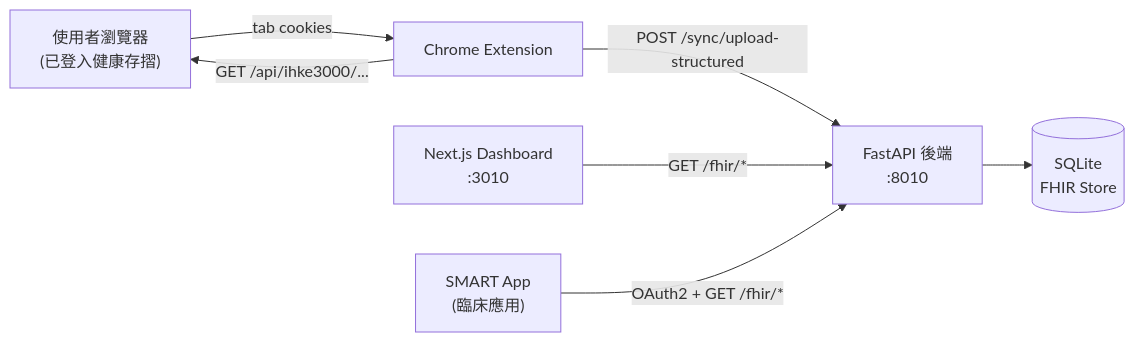
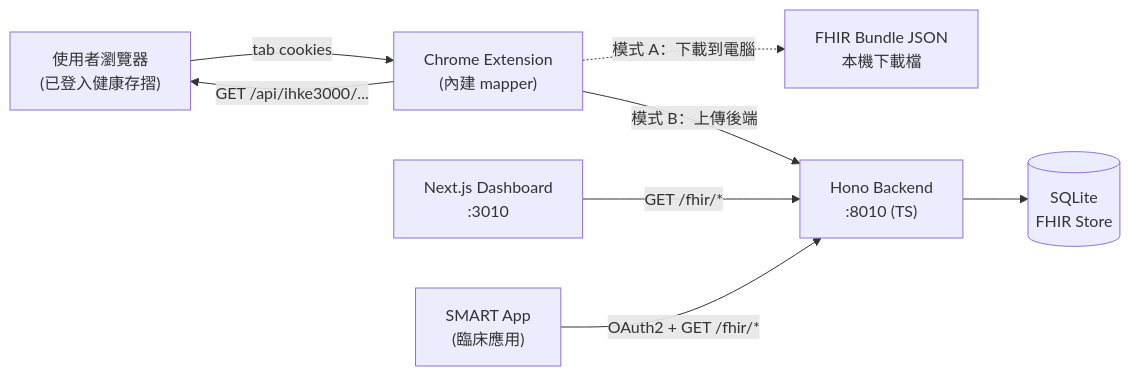
One commit to voho0000/NHI-FHIR-BRIDGE changed the diagram in README.md. Above: the diagram before and after it, drawn with Mermaid. The commit also changed other lines of this file and 4 other files, not shown here.

````diff
--- a/README.md
+++ b/README.md
@@ -27,16 +33,18 @@
 ```mermaid
 flowchart LR
   user["使用者瀏覽器<br/>(已登入健康存摺)"]
-  ext["Chrome Extension"]
-  backend["FastAPI 後端<br/>:8010"]
+  ext["Chrome Extension<br/>(內建 mapper)"]
+  file["FHIR Bundle JSON<br/>本機下載檔"]
+  backend["Hono Backend<br/>:8010 (TS)"]
   db[("SQLite<br/>FHIR Store")]
   dash["Next.js Dashboard<br/>:3010"]
   smart["SMART App<br/>(臨床應用)"]
 
   user -->|tab cookies| ext
   ext -->|GET /api/ihke3000/...| user
-  ext -->|POST /sync/upload-structured| backend
+  ext -. 模式 A：下載到電腦 .-> file
+  ext -- 模式 B：上傳後端 --> backend
   backend --> db
   dash -->|GET /fhir/*| backend
   smart -->|OAuth2 + GET /fhir/*| backend
 ```
````
